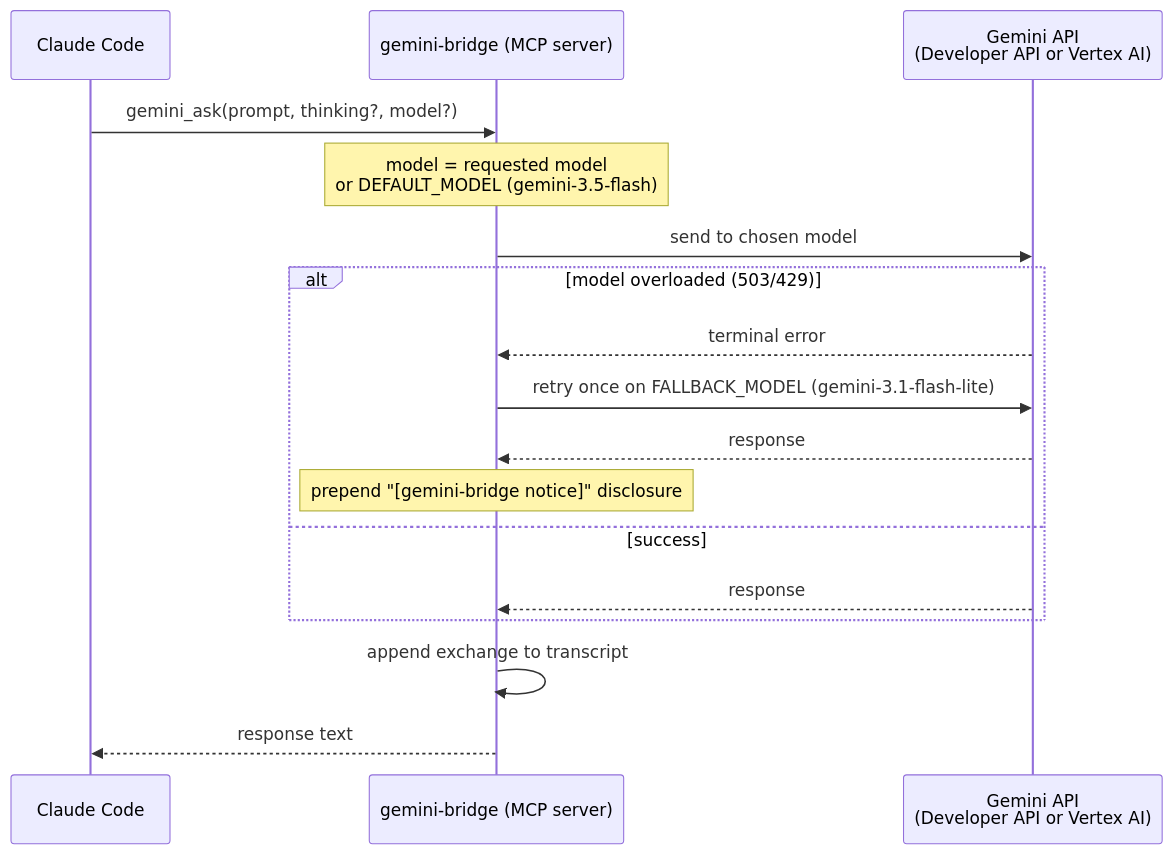
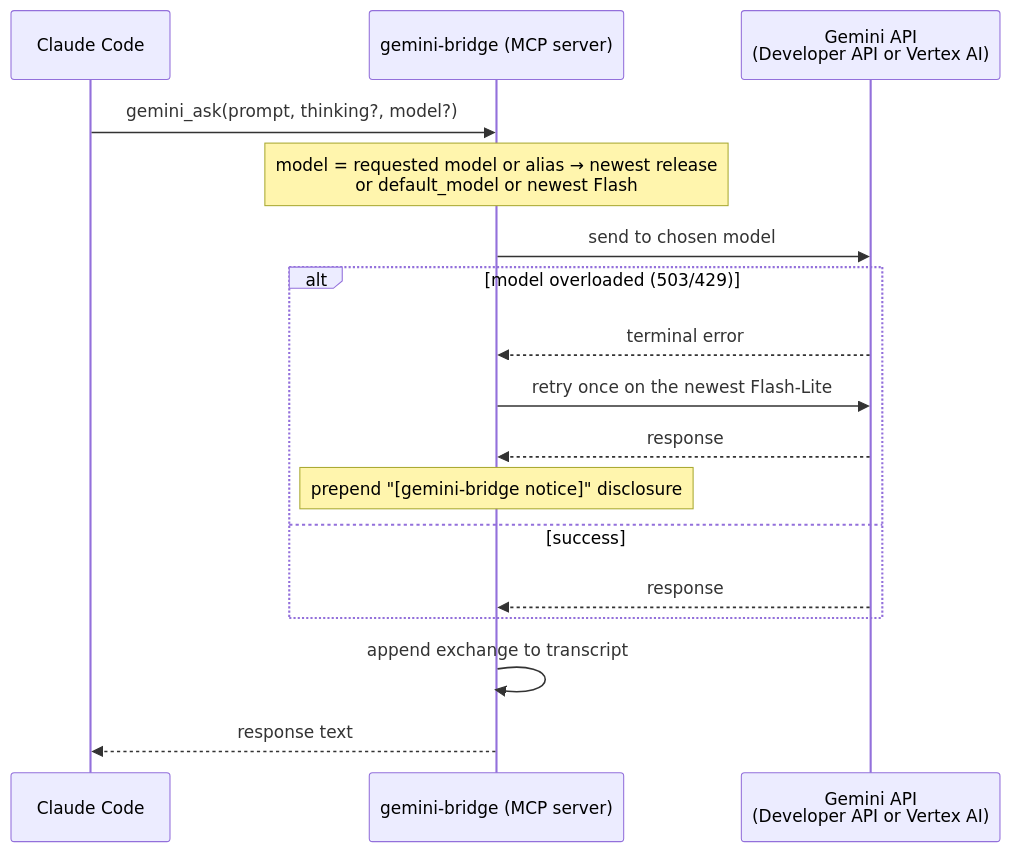
Before and after one commit to FlintAndFilament/gemini-bridge: the diagram in README.md, drawn with Mermaid. The commit also changed other lines of this file and 14 other files, not shown here.

````diff
--- a/README.md
+++ b/README.md
@@ -50,20 +50,20 @@
 ```mermaid
 sequenceDiagram
     participant CC as Claude Code
     participant S as gemini-bridge (MCP server)
     participant G as Gemini API<br/>(Developer API or Vertex AI)
 
     CC->>S: gemini_ask(prompt, thinking?, model?)
-    Note over S: model = requested model<br/>or DEFAULT_MODEL (gemini-3.5-flash)
+    Note over S: model = requested model or alias → newest release<br/>or default_model or newest Flash
     S->>G: send to chosen model
     alt model overloaded (503/429)
         G-->>S: terminal error
-        S->>G: retry once on FALLBACK_MODEL (gemini-3.1-flash-lite)
+        S->>G: retry once on the newest Flash-Lite
         G-->>S: response
         Note over S: prepend "[gemini-bridge notice]" disclosure
     else success
         G-->>S: response
     end
     S->>S: append exchange to transcript
     S-->>CC: response text
 ```
````
